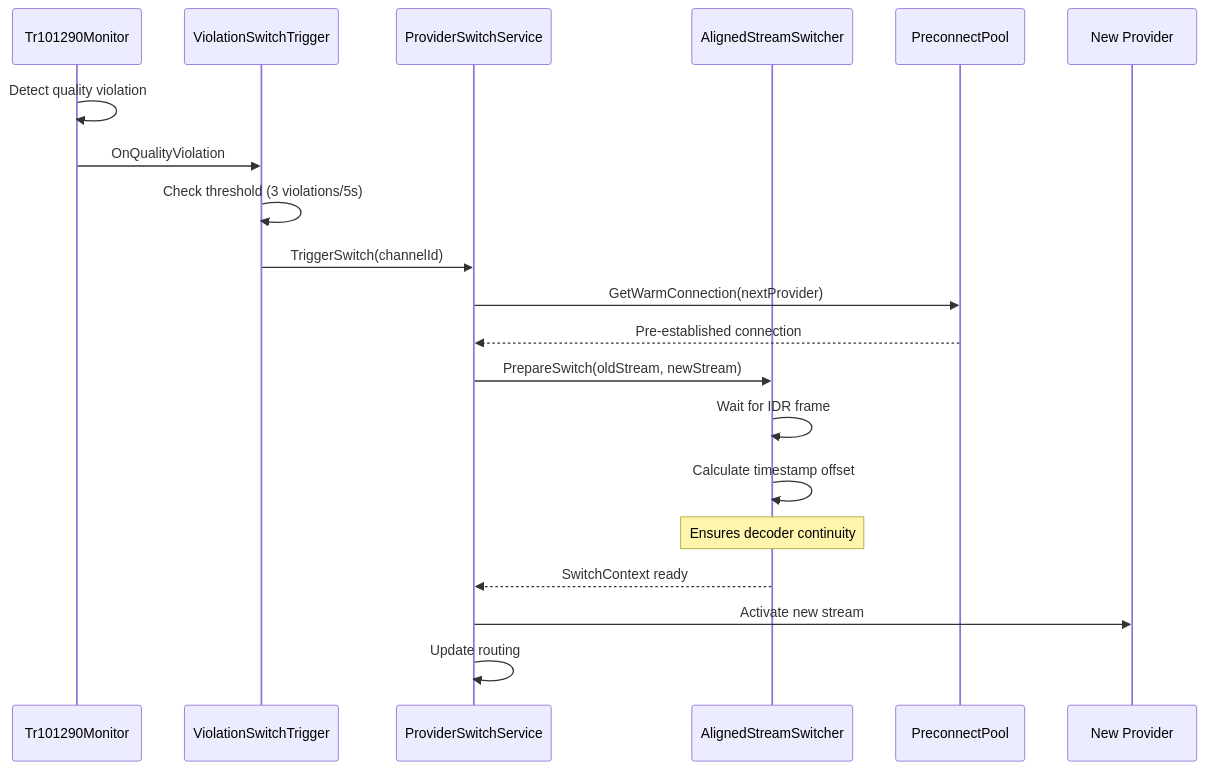
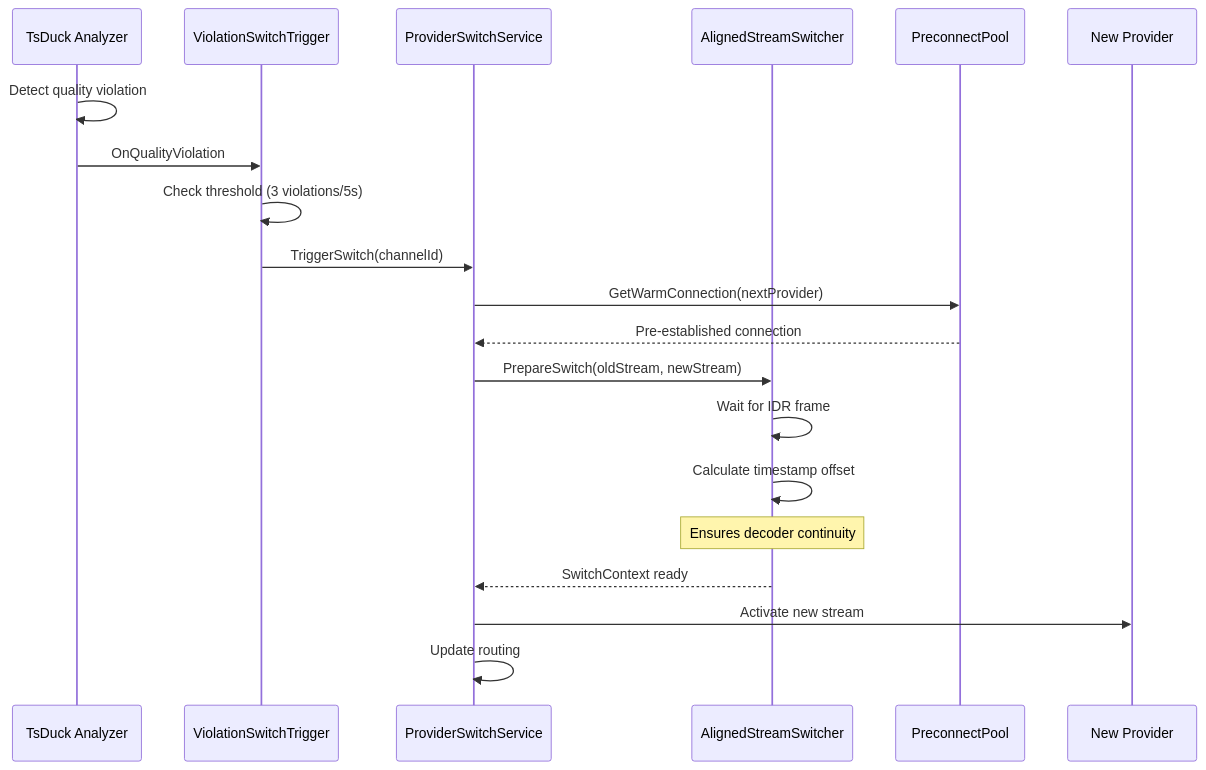
The fourth of 9 diagrams in Jellyfin.Xtream/Service/MpegTs/README.md (magyargergo/Jellyfin.Xtream), drawn with Mermaid before and after one commit. The commit also changed other lines of this file and 15 other files, not shown here.

````diff
--- a/Jellyfin.Xtream/Service/MpegTs/README.md
+++ b/Jellyfin.Xtream/Service/MpegTs/README.md
@@ -154,27 +154,27 @@
 ```mermaid
 sequenceDiagram
-    participant Mon as Tr101290Monitor
+    participant TsDuck as TsDuck Analyzer
     participant Trigger as ViolationSwitchTrigger
     participant Switch as ProviderSwitchService
     participant Align as AlignedStreamSwitcher
     participant Pool as PreconnectPool
     participant New as New Provider
 
-    Mon->>Mon: Detect quality violation
-    Mon->>Trigger: OnQualityViolation
+    TsDuck->>TsDuck: Detect quality violation
+    TsDuck->>Trigger: OnQualityViolation
     Trigger->>Trigger: Check threshold (3 violations/5s)
     Trigger->>Switch: TriggerSwitch(channelId)
 
     Switch->>Pool: GetWarmConnection(nextProvider)
     Pool-->>Switch: Pre-established connection
 
     Switch->>Align: PrepareSwitch(oldStream, newStream)
     Align->>Align: Wait for IDR frame
     Align->>Align: Calculate timestamp offset
 
     Note over Align: Ensures decoder continuity
 
     Align-->>Switch: SwitchContext ready
     Switch->>New: Activate new stream
     Switch->>Switch: Update routing
 ```
````
